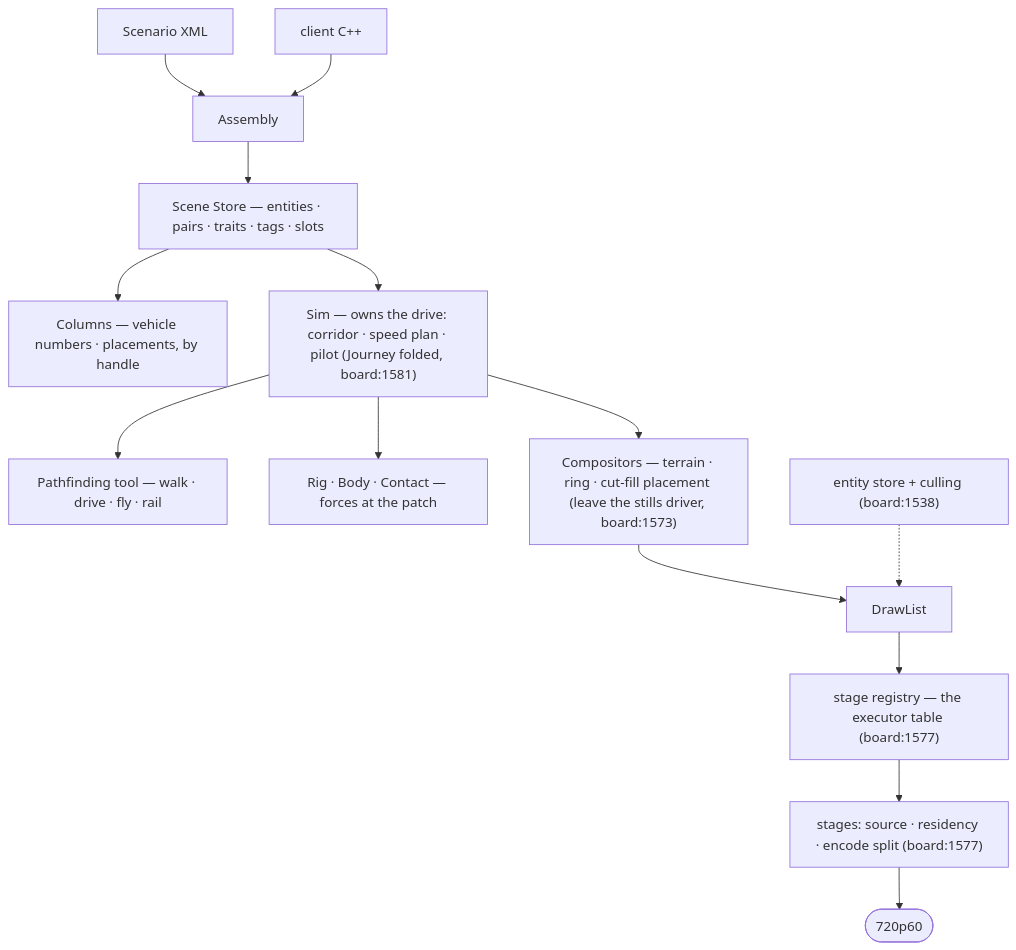
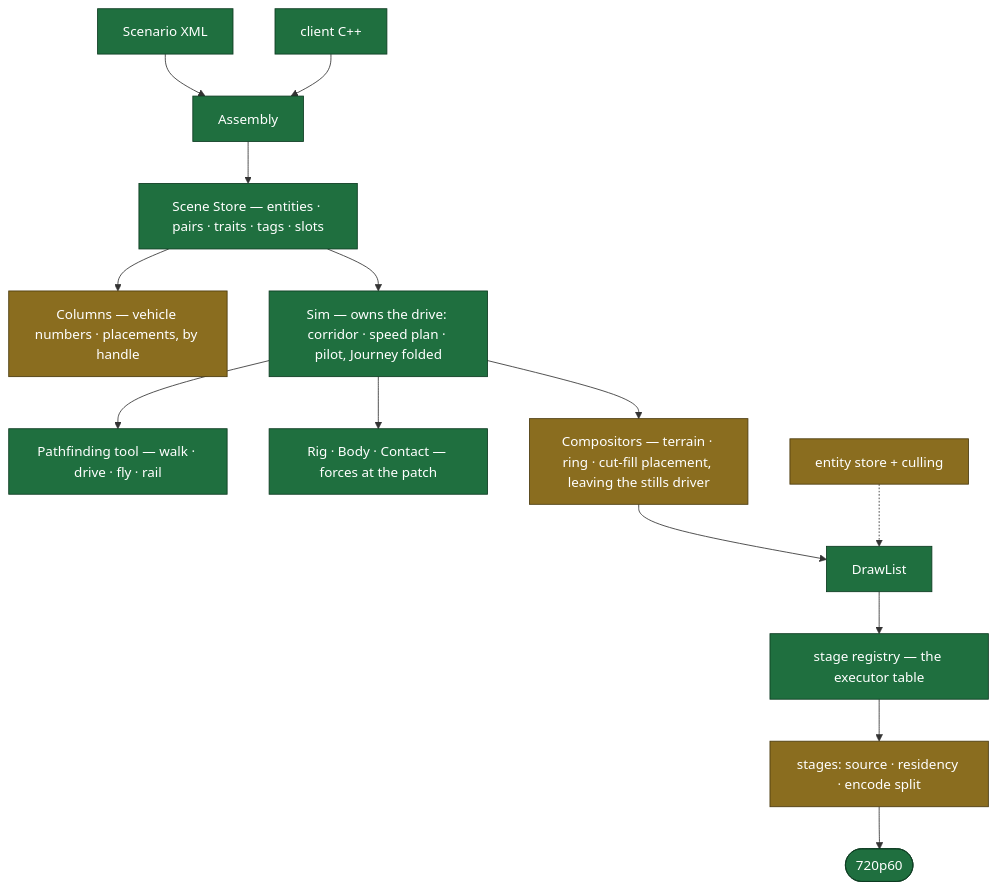
Before and after one commit to Weichwolf/outshine: the sixth of 10 diagrams in CLAUDE.md, drawn with Mermaid. The commit also changed other lines of this file, not shown here.

First line of the commit message:
CLAUDE.md: declared colour semantics on every diagram, and no work-item numbers in the map

````diff
--- a/CLAUDE.md
+++ b/CLAUDE.md
@@ -160,15 +164,20 @@
 ```mermaid
 flowchart TD
   Scenario["Scenario XML"] --> Assembly
   ClientCode["client C++"] --> Assembly
   Assembly --> SceneStore["Scene Store — entities · pairs · traits · tags · slots"]
   SceneStore --> Columns["Columns — vehicle numbers · placements, by handle"]
-  SceneStore --> SimD["Sim — owns the drive: corridor · speed plan · pilot (Journey folded, board:1581)"]
+  SceneStore --> SimD["Sim — owns the drive: corridor · speed plan · pilot, Journey folded"]
   SimD --> Pathfinding["Pathfinding tool — walk · drive · fly · rail"]
   SimD --> Physics["Rig · Body · Contact — forces at the patch"]
-  SimD --> Compositors["Compositors — terrain · ring · cut-fill placement (leave the stills driver, board:1573)"]
-  Compositors --> DrawList --> Registry["stage registry — the executor table (board:1577)"]
-  Registry --> Stages["stages: source · residency · encode split (board:1577)"]
+  SimD --> Compositors["Compositors — terrain · ring · cut-fill placement, leaving the stills driver"]
+  Compositors --> DrawList --> Registry["stage registry — the executor table"]
+  Registry --> Stages["stages: source · residency · encode split"]
   Stages --> Frame(["720p60"])
-  Entities["entity store + culling (board:1538)"] -.-> DrawList
+  Entities["entity store + culling"] -.-> DrawList
+
+  classDef sure fill:#1f6f3f,stroke:#0d3b21,color:#fff
+  classDef likely fill:#8a6d1f,stroke:#4a3a0d,color:#fff
+  class Scenario,ClientCode,Assembly,SceneStore,SimD,Pathfinding,Physics,Registry,DrawList,Frame sure
+  class Columns,Compositors,Stages,Entities likely
 ```
````
